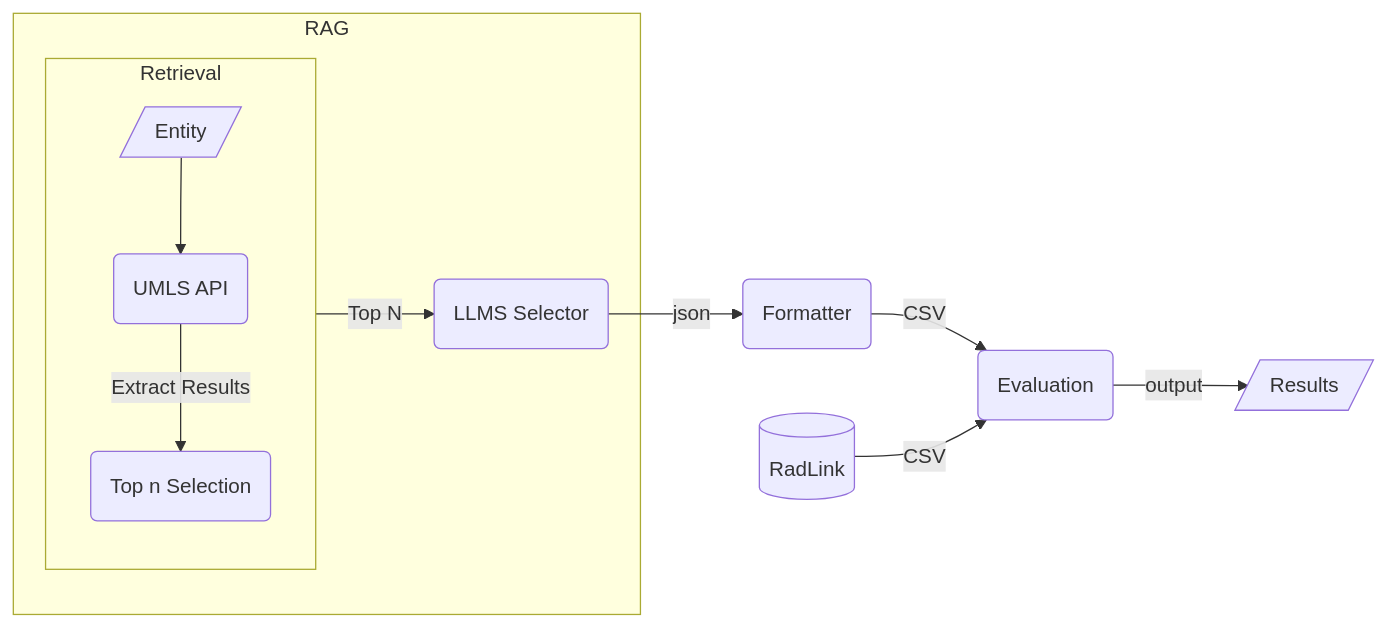
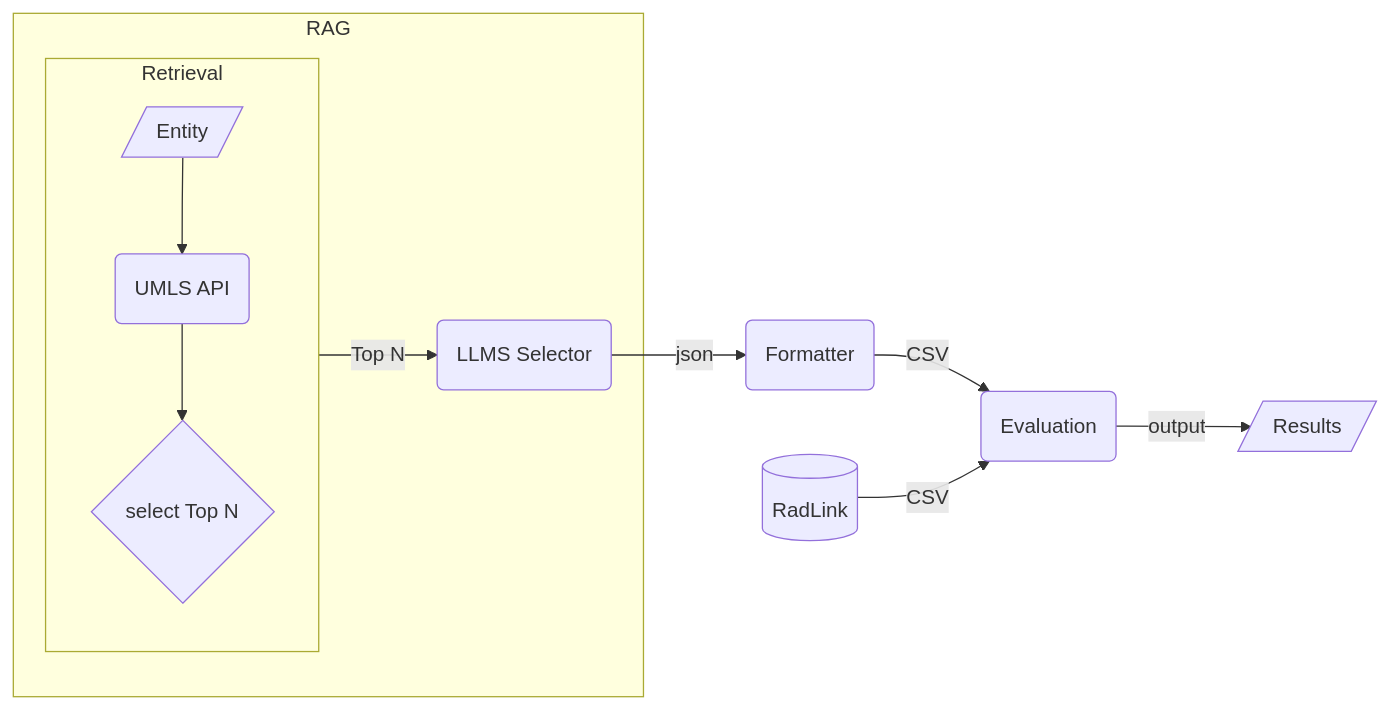
The diagram in src/medkgc/nen/README.md (MouYongli/MedKGC), drawn with Mermaid before and after one commit.

````diff
--- a/src/medkgc/nen/README.md
+++ b/src/medkgc/nen/README.md
@@ -33,18 +33,18 @@
 ```mermaid
 flowchart LR
     subgraph RAG
 
         subgraph Retrieval
             direction TB
             A@{ shape: lean-r, label: "Entity" } --> API(UMLS API)
-            API -->|Extract Results| RES(Top n Selection)
+            API --> RES@{ shape: diamond, label: "select Top N" }
         end
 
         Retrieval -->|Top N| LLMS(LLMS Selector)
     end
 
     LLMS -->|json| DF(Formatter)
     DF -->|CSV| E(Evaluation)
     DB2[(RadLink)] --> |CSV| E
     E -->|output| G@{ shape: lean-r, label: "Results" }
 ```
````
